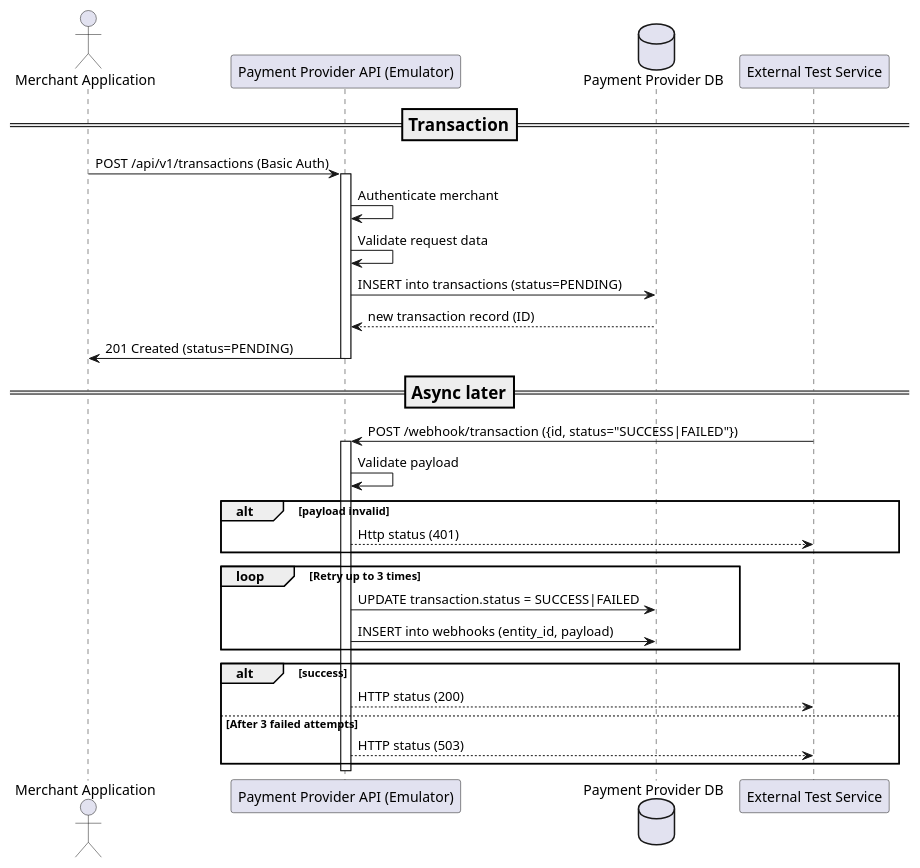
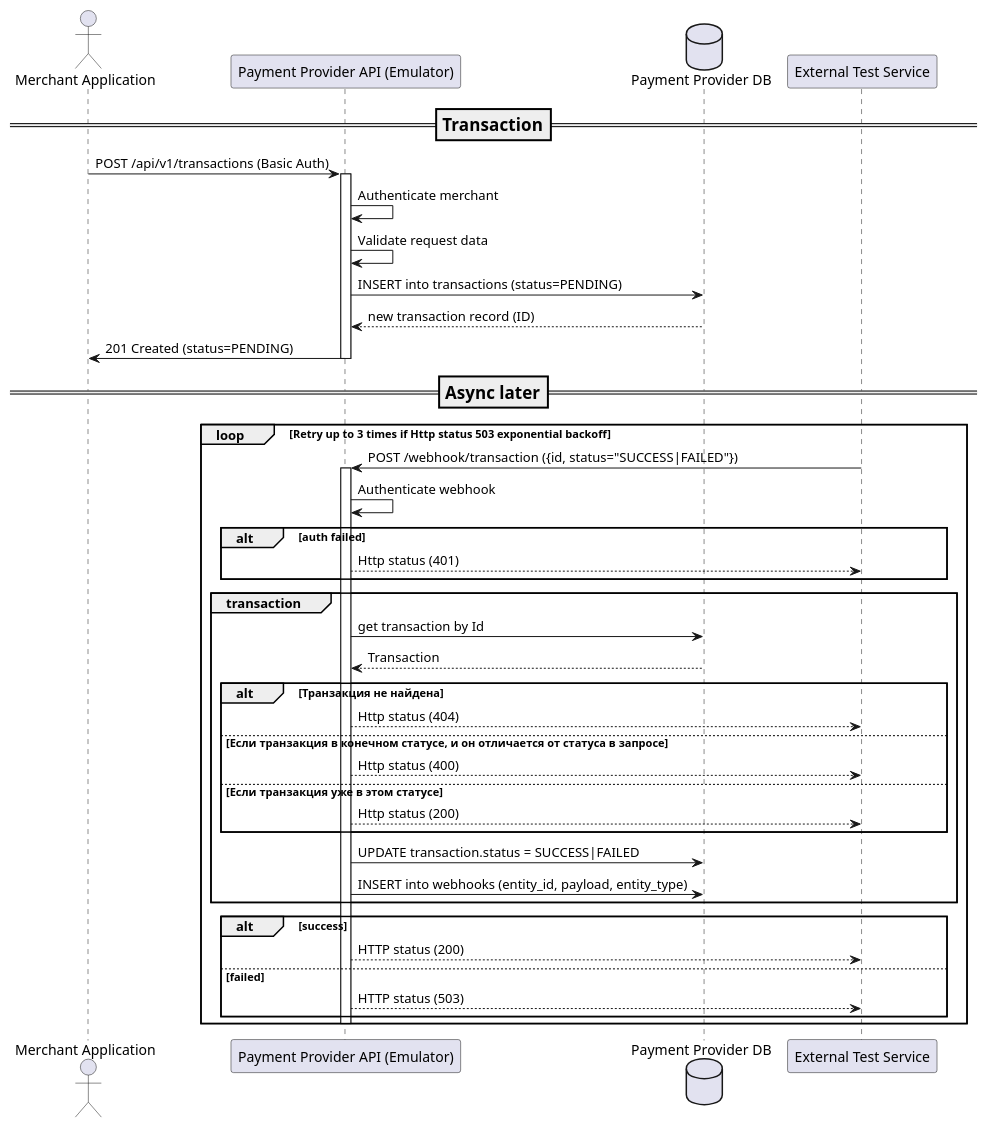
Before and after one commit to diamam90/payment-system: the diagram in diagram/emulator-transactions.puml, drawn with PlantUML. The commit also changed 11 other files, not shown here.

```diff
--- a/diagram/emulator-transactions.puml
+++ b/diagram/emulator-transactions.puml
@@ -1,35 +1,47 @@
 @startuml
 actor MerchantApp as "Merchant Application"
 participant API as "Payment Provider API (Emulator)"
 database DB as "Payment Provider DB"
 participant ExtNet as "External Test Service"
 === Transaction ==
 MerchantApp -> API: POST /api/v1/transactions (Basic Auth)
 activate API
   API -> API: Authenticate merchant
   API -> API: Validate request data
   API -> DB: INSERT into transactions (status=PENDING)
   API <-- DB: new transaction record (ID)
   API -> MerchantApp: 201 Created (status=PENDING)
 deactivate API
 
 === Async later ==
 
+loop Retry up to 3 times if Http status 503 exponential backoff
 ExtNet -> API: POST /webhook/transaction ({id, status="SUCCESS|FAILED"})
 
 activate API
-    API -> API: Validate payload
-    alt payload invalid
+
+API -> API: Authenticate webhook
+alt auth failed
     API --> ExtNet: Http status (401)
+end
+group transaction
+    API -> DB: get transaction by Id
+    DB --> API: Transaction
+    alt Транзакция не найдена
+        API --> ExtNet: Http status (404)
+    else Если транзакция в конечном статусе, и он отличается от статуса в запросе
+        API --> ExtNet: Http status (400)
+    else Если транзакция уже в этом статусе
+        API --> ExtNet: Http status (200)
     end
-    loop Retry up to 3 times
-        API -> DB: UPDATE transaction.status = SUCCESS|FAILED
-        API -> DB: INSERT into webhooks (entity_id, payload)
-    end
-    alt success
-        API --> ExtNet: HTTP status (200)
-    else  After 3 failed attempts
-        API --> ExtNet: HTTP status (503)
-    end
+    API -> DB: UPDATE transaction.status = SUCCESS|FAILED
+    API -> DB: INSERT into webhooks (entity_id, payload, entity_type)
+end
+alt success
+    API --> ExtNet: HTTP status (200)
+else  failed
+    API --> ExtNet: HTTP status (503)
+end
 deactivate API
+end
 @enduml
```
